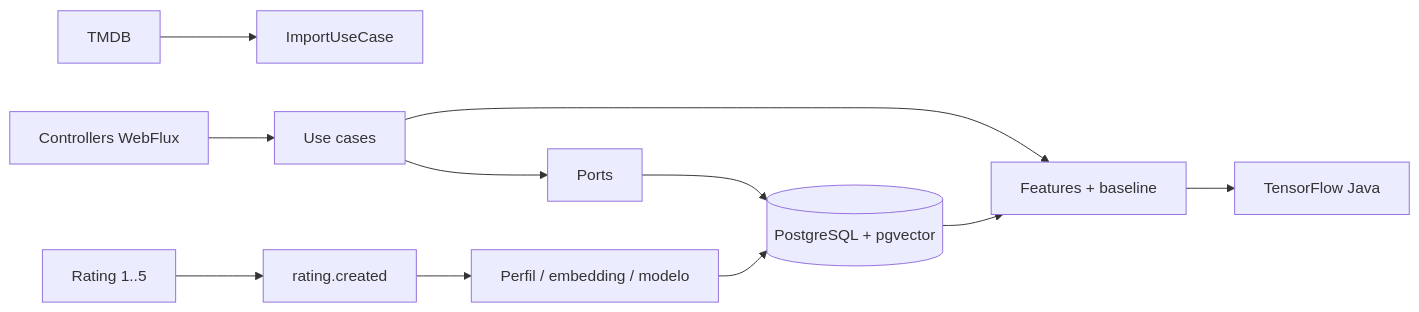
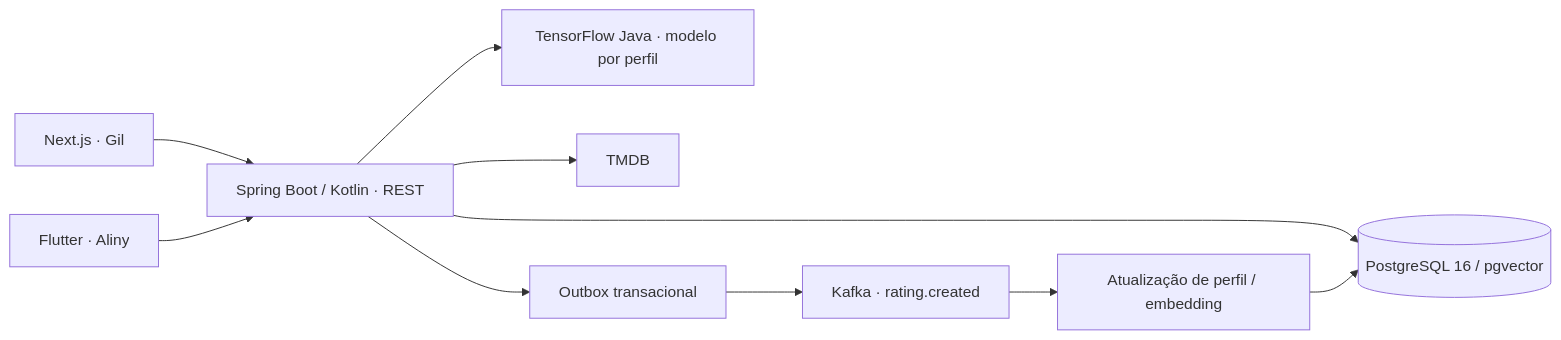
One commit to glrossi58-creator/tensorflow-movies-series changed the diagram in README.md. Above: the diagram before and after it, drawn with Mermaid. The commit also changed other lines of this file and 48 other files, not shown here.

````diff
--- a/README.md
+++ b/README.md
@@ -7,13 +11,12 @@
 ```mermaid
 flowchart LR
-    TMDB --> ImportUseCase
-    HTTP[Controllers WebFlux] --> UC[Use cases]
-    UC --> Ports
-    Ports --> R2DBC[(PostgreSQL + pgvector)]
-    UC --> Features[Features + baseline]
-    Features --> TF[TensorFlow Java]
-    R2DBC --> Features
-    Ratings[Rating 1..5] --> Kafka[rating.created]
-    Kafka --> Profile[Perfil / embedding / modelo]
-    Profile --> R2DBC
+    Web[Next.js · Gil] --> API[Spring Boot / Kotlin · REST]
+    App[Flutter · Aliny] --> API
+    API --> DB[(PostgreSQL 16 / pgvector)]
+    API --> TF[TensorFlow Java · modelo por perfil]
+    API --> TMDB[TMDB]
+    API --> Outbox[Outbox transacional]
+    Outbox --> Kafka[Kafka · rating.created]
+    Kafka --> Perfil[Atualização de perfil / embedding]
+    Perfil --> DB
 ```
````
